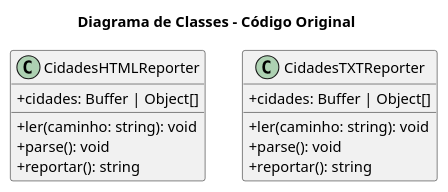
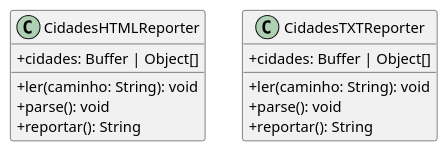
Before and after one commit to DanielVieira02/TP2EngSw: the diagram in diagramas/diagrama-classes-original.puml, drawn with PlantUML. The commit also changed 8 other files, not shown here.

Commit message:
Atualiza os diagramas do sistema original

```diff
--- a/diagramas/diagrama-classes-original.puml
+++ b/diagramas/diagrama-classes-original.puml
@@ -1,20 +1,18 @@
 @startuml
 skinparam classAttributeIconSize 0
 
-title Diagrama de Classes - Código Original
-
 class CidadesHTMLReporter {
     + cidades: Buffer | Object[]
-    + ler(caminho: string): void
+    + ler(caminho: String): void
     + parse(): void
-    + reportar(): string
+    + reportar(): String
 }
 
 class CidadesTXTReporter {
     + cidades: Buffer | Object[]
-    + ler(caminho: string): void
+    + ler(caminho: String): void
     + parse(): void
-    + reportar(): string
+    + reportar(): String
 }
 
 @enduml
```
